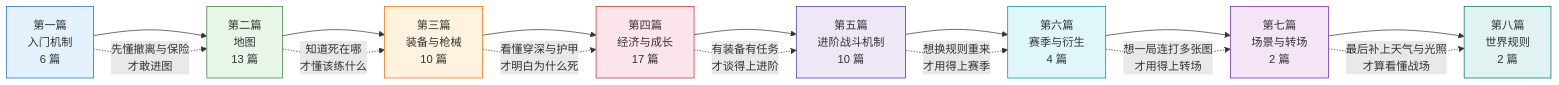
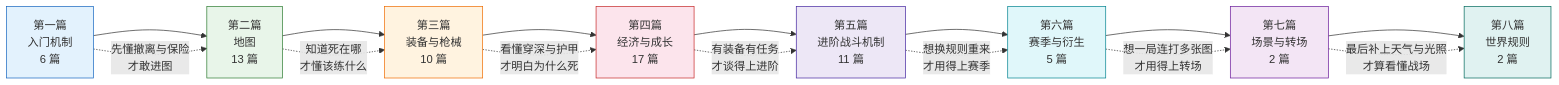
The diagram in content/README.md (GTX950L/tarkov-encyclopedia), drawn with Mermaid before and after one commit. The commit also changed other lines of this file and 76 other files, not shown here.

````diff
--- a/content/README.md
+++ b/content/README.md
@@ -16,27 +16,27 @@
 ```mermaid
 flowchart LR
     A[第一篇<br/>入门机制<br/>6 篇] --> B[第二篇<br/>地图<br/>13 篇]
     B --> C[第三篇<br/>装备与枪械<br/>10 篇]
     C --> D[第四篇<br/>经济与成长<br/>17 篇]
-    D --> E[第五篇<br/>进阶战斗机制<br/>10 篇]
-    E --> F[第六篇<br/>赛季与衍生<br/>4 篇]
+    D --> E[第五篇<br/>进阶战斗机制<br/>11 篇]
+    E --> F[第六篇<br/>赛季与衍生<br/>5 篇]
     F --> G[第七篇<br/>场景与转场<br/>2 篇]
     G --> H[第八篇<br/>世界规则<br/>2 篇]
 
     A -. 先懂撤离与保险<br/>才敢进图 .-> B
     B -. 知道死在哪<br/>才懂该练什么 .-> C
     C -. 看懂穿深与护甲<br/>才明白为什么死 .-> D
     D -. 有装备有任务<br/>才谈得上进阶 .-> E
     E -. 想换规则重来<br/>才用得上赛季 .-> F
     F -. 想一局连打多张图<br/>才用得上转场 .-> G
     G -. 最后补上天气与光照<br/>才算看懂战场 .-> H
 
     style A fill:#e3f2fd,stroke:#1565c0
     style B fill:#e8f5e9,stroke:#2e7d32
     style C fill:#fff3e0,stroke:#ef6c00
     style D fill:#fce4ec,stroke:#c62828
     style E fill:#ede7f6,stroke:#4527a0
     style F fill:#e0f7fa,stroke:#00838f
     style G fill:#f3e5f5,stroke:#6a1b9a
     style H fill:#e0f2f1,stroke:#00695c
 ```
````
